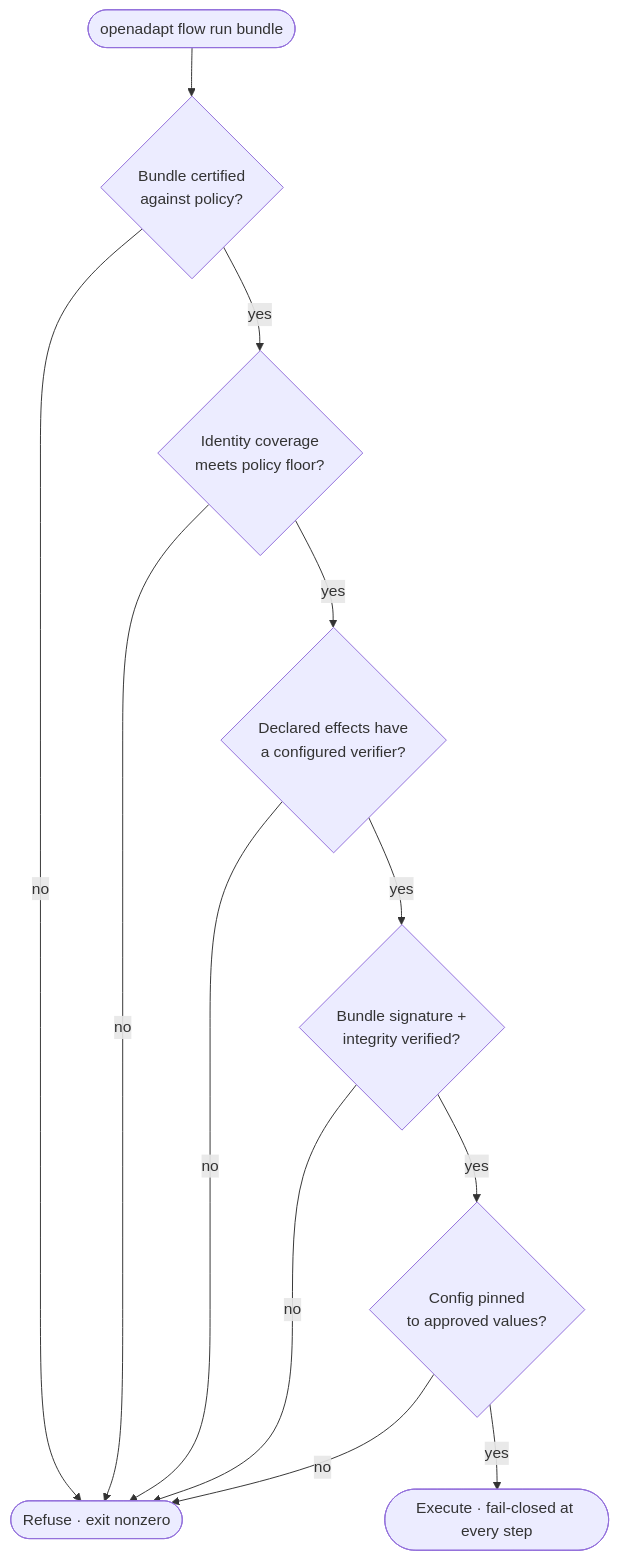
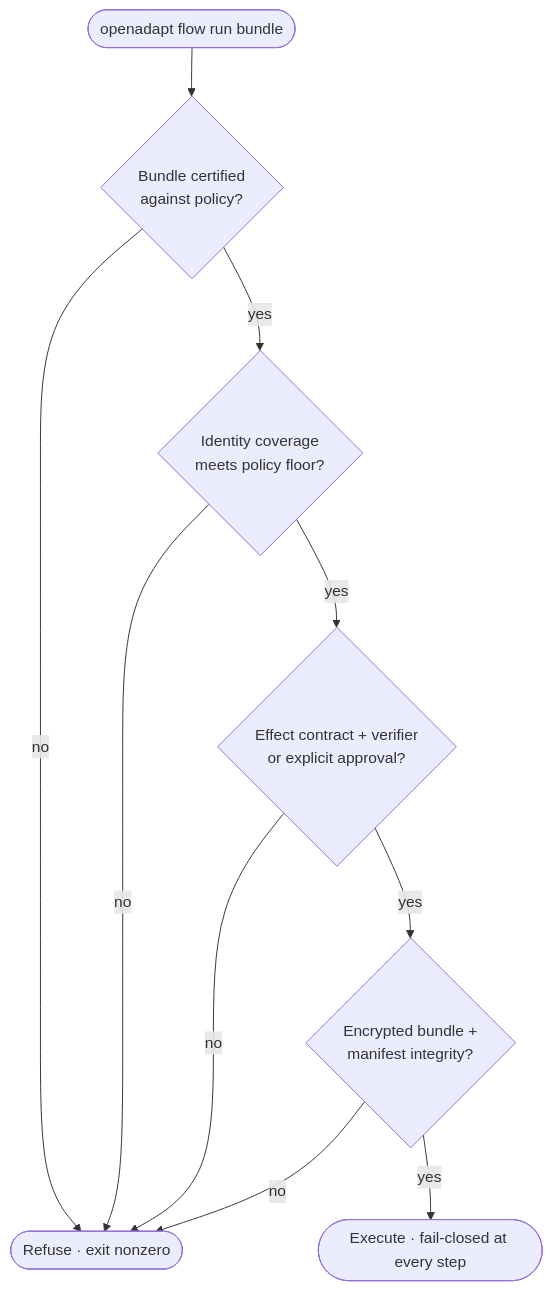
One commit to OpenAdaptAI/openadapt-ops changed the diagram in docs/concepts/regulated-execution.md. Above: the diagram before and after it, drawn with Mermaid. The commit also changed other lines of this file and 27 other files, not shown here.

````diff
--- a/docs/concepts/regulated-execution.md
+++ b/docs/concepts/regulated-execution.md
@@ -46,14 +38,12 @@
 ```mermaid
 flowchart TD
     START([openadapt flow run bundle]) --> C{Bundle certified<br/>against policy?}
     C -->|no| REFUSE([Refuse · exit nonzero])
     C -->|yes| I{Identity coverage<br/>meets policy floor?}
     I -->|no| REFUSE
-    I -->|yes| E{Declared effects have<br/>a configured verifier?}
+    I -->|yes| E{Effect contract + verifier<br/>or explicit approval?}
     E -->|no| REFUSE
-    E -->|yes| B{Bundle signature +<br/>integrity verified?}
+    E -->|yes| B{Encrypted bundle +<br/>manifest integrity?}
     B -->|no| REFUSE
-    B -->|yes| P{Config pinned<br/>to approved values?}
-    P -->|no| REFUSE
-    P -->|yes| GO([Execute · fail-closed at every step])
+    B -->|yes| GO([Execute · fail-closed at every step])
 ```
````
